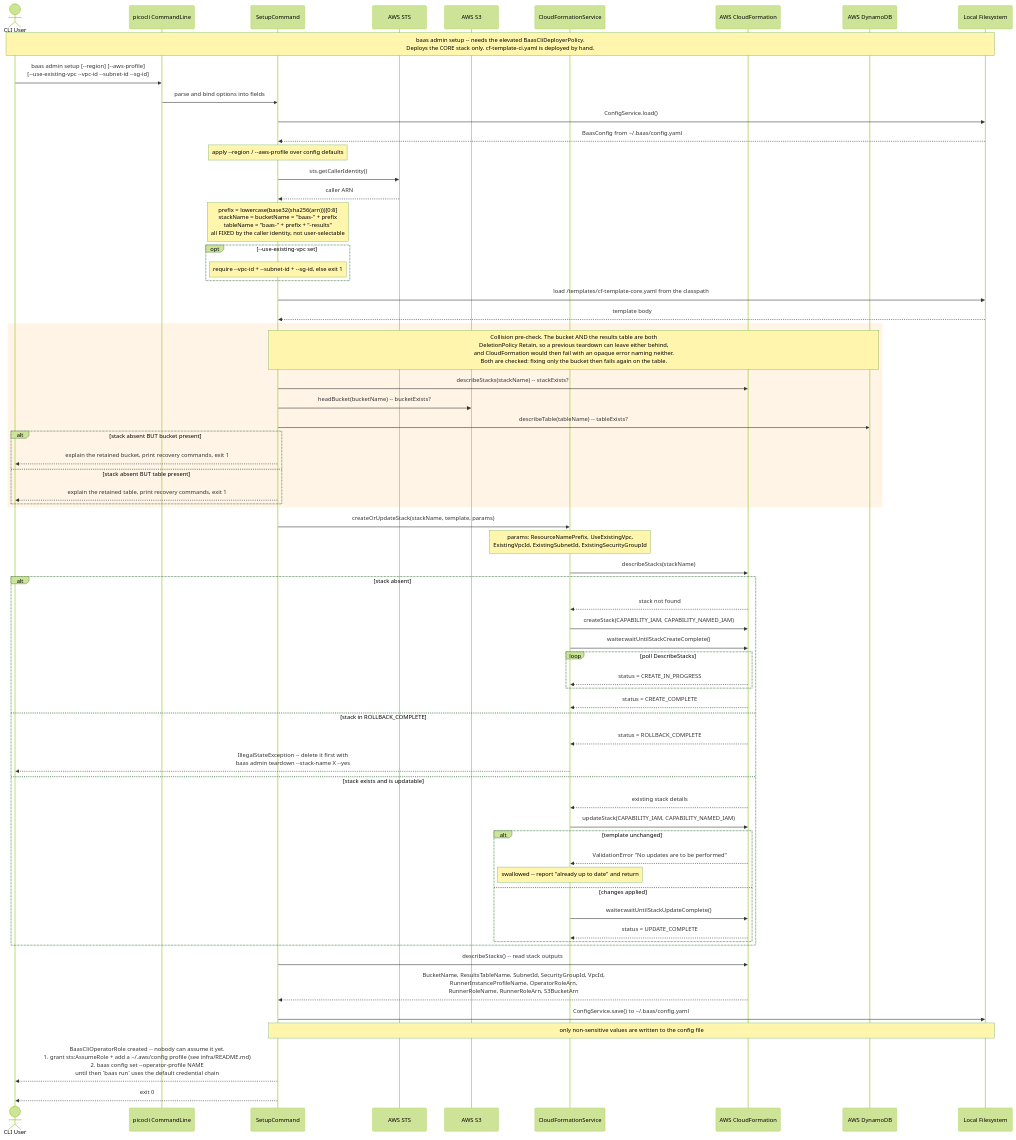
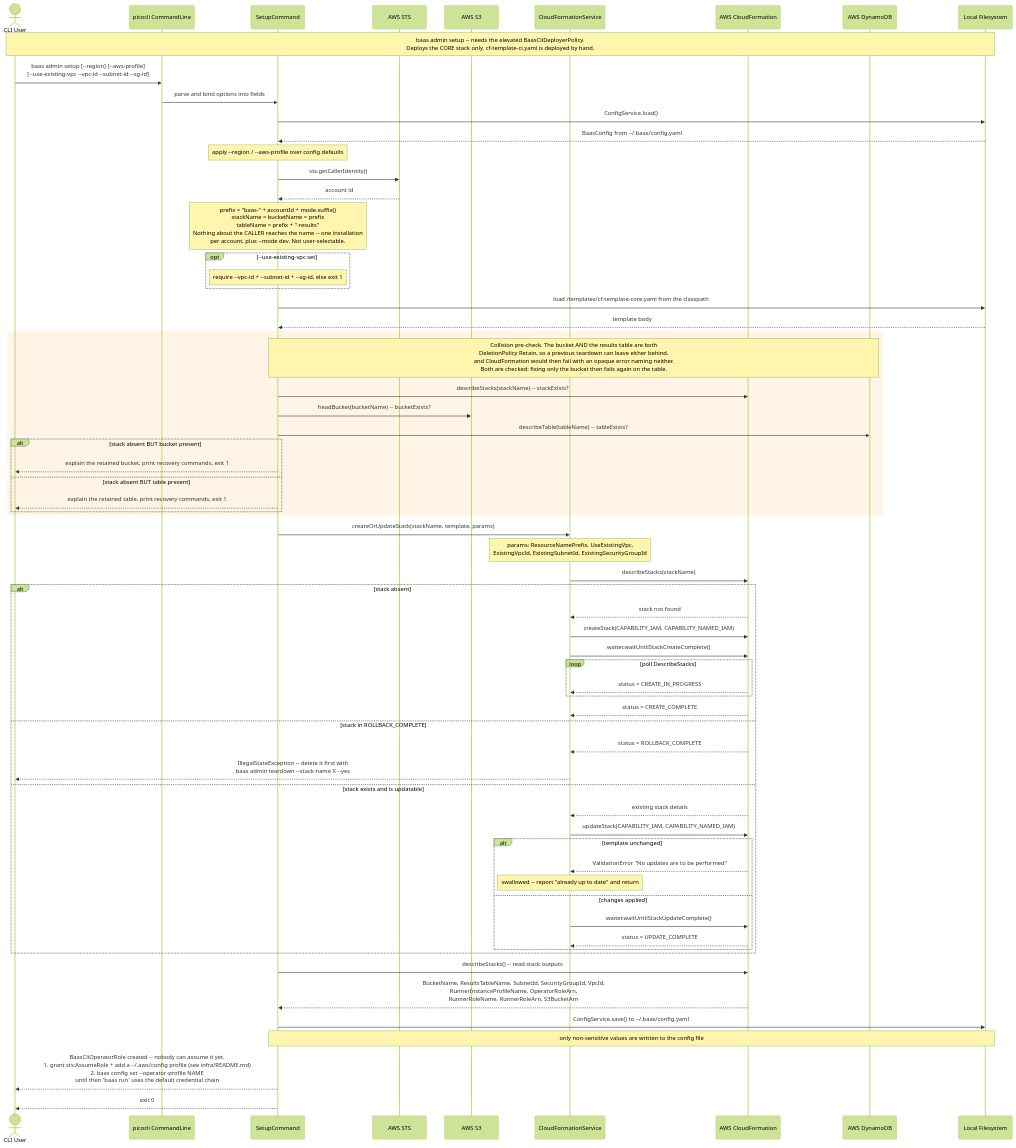
Before and after one commit to wsztajerowski/benchmark-as-a-service: the diagram in docs/diagrams/baas-setup.mmd, drawn with Mermaid (forest theme). The commit also changed 46 other files, not shown here.

```diff
--- a/docs/diagrams/baas-setup.mmd
+++ b/docs/diagrams/baas-setup.mmd
@@ -1,72 +1,72 @@
 sequenceDiagram
     actor User as CLI User
     participant picocli as picocli CommandLine
     participant SC as SetupCommand
     participant STS as AWS STS
     participant S3 as AWS S3
     participant CFSvc as CloudFormationService
     participant CF as AWS CloudFormation
     participant DDB as AWS DynamoDB
     participant FS as Local Filesystem
 
     Note over User,FS: baas admin setup -- needs the elevated BaasCliDeployerPolicy.<br/>Deploys the CORE stack only. cf-template-ci.yaml is deployed by hand.
     User->>picocli: baas admin setup [--region] [--aws-profile]<br/>[--use-existing-vpc --vpc-id --subnet-id --sg-id]
     picocli->>SC: parse and bind options into fields
     SC->>FS: ConfigService.load()
     FS-->>SC: BaasConfig from ~/.baas/config.yaml
     Note over SC: apply --region / --aws-profile over config defaults
     SC->>STS: sts.getCallerIdentity()
-    STS-->>SC: caller ARN
-    Note over SC: prefix = lowercase(base32(sha256(arn)))[0:8]<br/>stackName = bucketName = "baas-" + prefix<br/>tableName = "baas-" + prefix + "-results"<br/>all FIXED by the caller identity, not user-selectable
+    STS-->>SC: account id
+    Note over SC: prefix = "baas-" + accountId + mode.suffix()<br/>stackName = bucketName = prefix<br/>tableName = prefix + "-results"<br/>Nothing about the CALLER reaches the name -- one installation<br/>per account, plus --mode dev. Not user-selectable.
     opt --use-existing-vpc set
         Note over SC: require --vpc-id + --subnet-id + --sg-id, else exit 1
     end
     SC->>FS: load /templates/cf-template-core.yaml from the classpath
     FS-->>SC: template body
 
     rect rgb(255, 244, 230)
         Note over SC,DDB: Collision pre-check. The bucket AND the results table are both<br/>DeletionPolicy Retain, so a previous teardown can leave either behind,<br/>and CloudFormation would then fail with an opaque error naming neither.<br/>Both are checked: fixing only the bucket then fails again on the table.
         SC->>CF: describeStacks(stackName) -- stackExists?
         SC->>S3: headBucket(bucketName) -- bucketExists?
         SC->>DDB: describeTable(tableName) -- tableExists?
         alt stack absent BUT bucket present
             SC-->>User: explain the retained bucket, print recovery commands, exit 1
         else stack absent BUT table present
             SC-->>User: explain the retained table, print recovery commands, exit 1
         end
     end
 
     SC->>CFSvc: createOrUpdateStack(stackName, template, params)
     Note over CFSvc: params: ResourceNamePrefix, UseExistingVpc,<br/>ExistingVpcId, ExistingSubnetId, ExistingSecurityGroupId
     CFSvc->>CF: describeStacks(stackName)
     alt stack absent
         CF-->>CFSvc: stack not found
         CFSvc->>CF: createStack(CAPABILITY_IAM, CAPABILITY_NAMED_IAM)
         CFSvc->>CF: waiter.waitUntilStackCreateComplete()
         loop poll DescribeStacks
             CF-->>CFSvc: status = CREATE_IN_PROGRESS
         end
         CF-->>CFSvc: status = CREATE_COMPLETE
     else stack in ROLLBACK_COMPLETE
         CF-->>CFSvc: status = ROLLBACK_COMPLETE
         CFSvc-->>User: IllegalStateException -- delete it first with<br/>baas admin teardown --stack-name X --yes
     else stack exists and is updatable
         CF-->>CFSvc: existing stack details
         CFSvc->>CF: updateStack(CAPABILITY_IAM, CAPABILITY_NAMED_IAM)
         alt template unchanged
             CF-->>CFSvc: ValidationError "No updates are to be performed"
             Note over CFSvc: swallowed -- report "already up to date" and return
         else changes applied
             CFSvc->>CF: waiter.waitUntilStackUpdateComplete()
             CF-->>CFSvc: status = UPDATE_COMPLETE
         end
     end
 
     SC->>CF: describeStacks() -- read stack outputs
     CF-->>SC: BucketName, ResultsTableName, SubnetId, SecurityGroupId, VpcId,<br/>RunnerInstanceProfileName, OperatorRoleArn,<br/>RunnerRoleName, RunnerRoleArn, S3BucketArn
     SC->>FS: ConfigService.save() to ~/.baas/config.yaml
     Note over SC,FS: only non-sensitive values are written to the config file
 
     SC-->>User: BaasCliOperatorRole created -- nobody can assume it yet.<br/>1. grant sts:AssumeRole + add a ~/.aws/config profile (see infra/README.md)<br/>2. baas config set --operator-profile NAME<br/>until then `baas run` uses the default credential chain
 
     SC-->>User: exit 0
```
